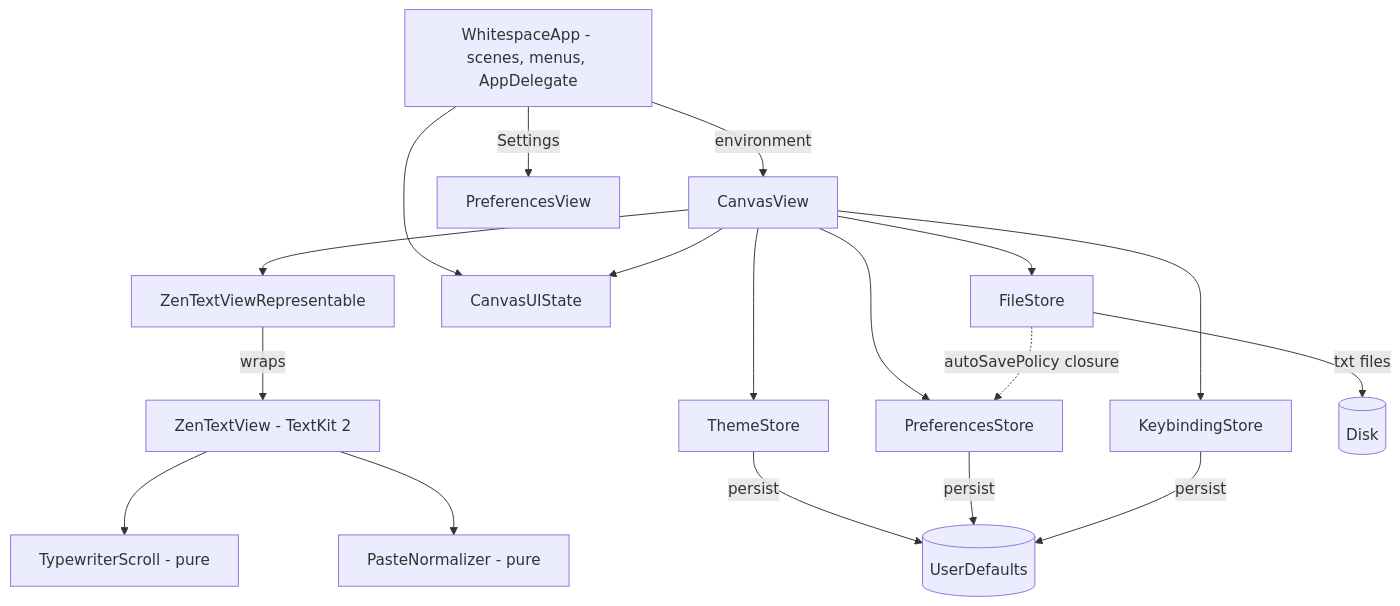
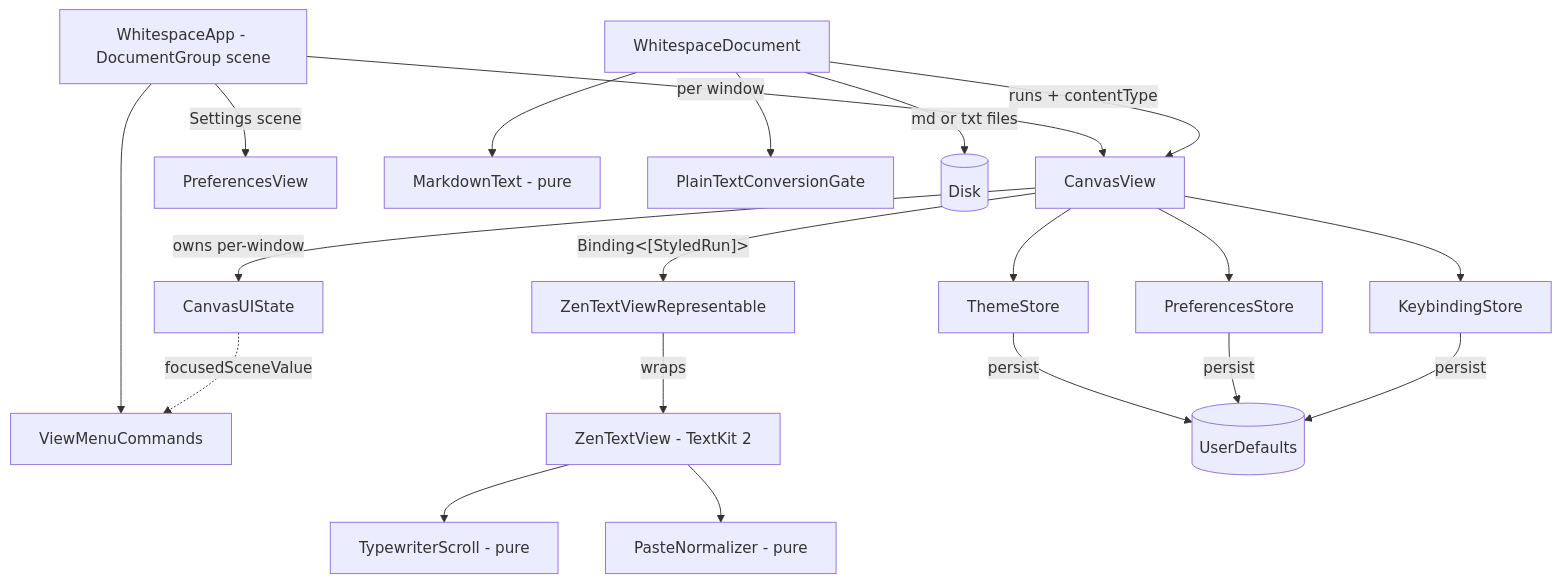
Before and after one commit to benji-hix/Whitespace: the diagram in ARCHITECTURE.md, drawn with Mermaid. The commit also changed other lines of this file, not shown here.

First line of the commit message:
docs: update ARCHITECTURE.md for the Phase 3 document architecture

````diff
--- a/ARCHITECTURE.md
+++ b/ARCHITECTURE.md
@@ -40,14 +45,16 @@
 ```mermaid
 graph TD
-    App[WhitespaceApp - scenes, menus, AppDelegate] -->|environment| Canvas[CanvasView]
-    App -->|Settings| Prefs[PreferencesView]
-    Canvas --> Rep[ZenTextViewRepresentable]
+    App[WhitespaceApp - DocumentGroup scene] -->|per window| Canvas[CanvasView]
+    App -->|Settings scene| Prefs[PreferencesView]
+    App --> VMC[ViewMenuCommands]
+    Canvas -->|owns per-window| UI[CanvasUIState]
+    UI -.->|focusedSceneValue| VMC
+    Canvas -->|"Binding&lt;[StyledRun]&gt;"| Rep[ZenTextViewRepresentable]
     Rep -->|wraps| Zen[ZenTextView - TextKit 2]
-    Zen --> TS2[TypewriterScroll - pure]
-    Zen --> PN[PasteNormalizer - pure]
-    App & Canvas --> UI[CanvasUIState]
-    Canvas --> FS[FileStore] & TH[ThemeStore] & PS[PreferencesStore] & KS[KeybindingStore]
-    FS -.->|autoSavePolicy closure| PS
-    FS -->|txt files| Disk[(Disk)]
+    Zen --> TS2[TypewriterScroll - pure] & PN[PasteNormalizer - pure]
+    Doc[WhitespaceDocument] --> MD[MarkdownText - pure] & Gate[PlainTextConversionGate]
+    Doc -->|runs + contentType| Canvas
+    Canvas --> TH[ThemeStore] & PS[PreferencesStore] & KS[KeybindingStore]
     TH & PS & KS -->|persist| UD[(UserDefaults)]
+    Doc -->|md or txt files| Disk[(Disk)]
 ```
````
